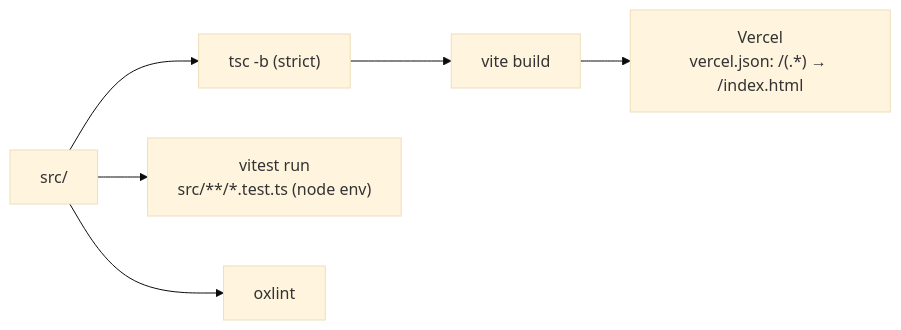
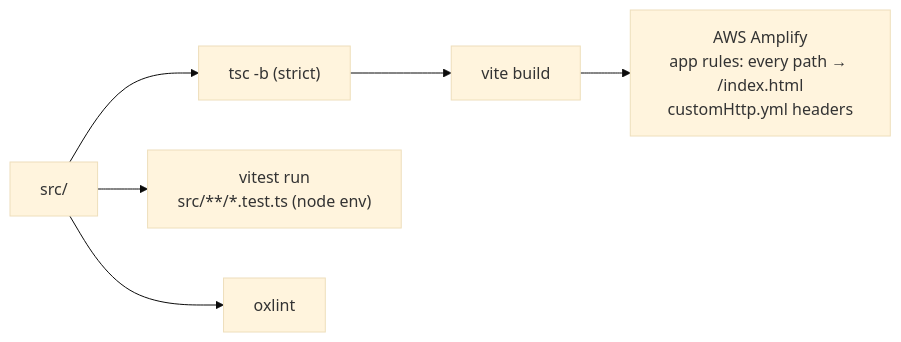
The sixth of 6 diagrams in docs/architecture/solution-architecture.md (Zerror-Studios/Zcommerce-super-admin), drawn with Mermaid (base theme) before and after one commit. The commit also changed other lines of this file and 6 other files, not shown here.

First line of the commit message:
fix(hosting): Amplify headers file replaces vercel.json; docs say Amplify

````diff
--- a/docs/architecture/solution-architecture.md
+++ b/docs/architecture/solution-architecture.md
@@ -211,6 +211,6 @@
 ```mermaid
 flowchart LR
-    SRC["src/"] --> TSC["tsc -b (strict)"] --> VB["vite build"] --> VER["Vercel<br/>vercel.json: /(.*) → /index.html"]
+    SRC["src/"] --> TSC["tsc -b (strict)"] --> VB["vite build"] --> VER["AWS Amplify<br/>app rules: every path → /index.html<br/>customHttp.yml headers"]
     SRC --> VT["vitest run<br/>src/**/*.test.ts (node env)"]
     SRC --> OX["oxlint"]
 ```
````
